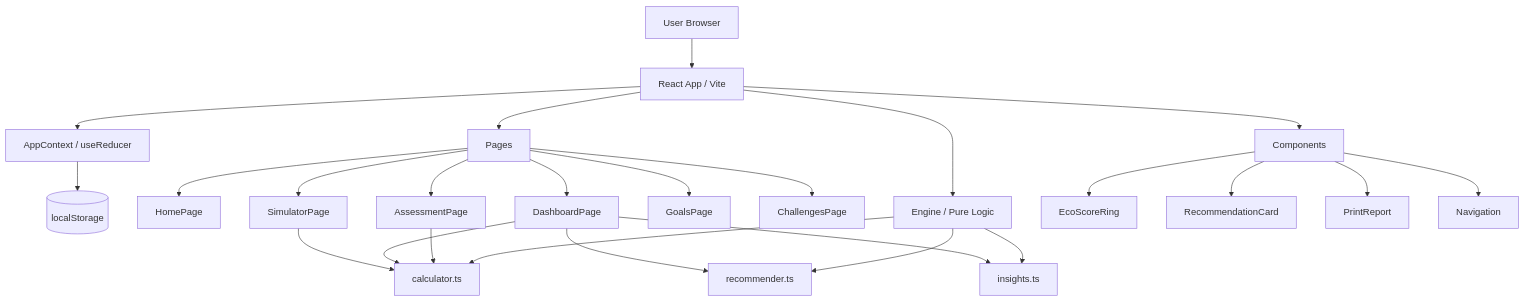
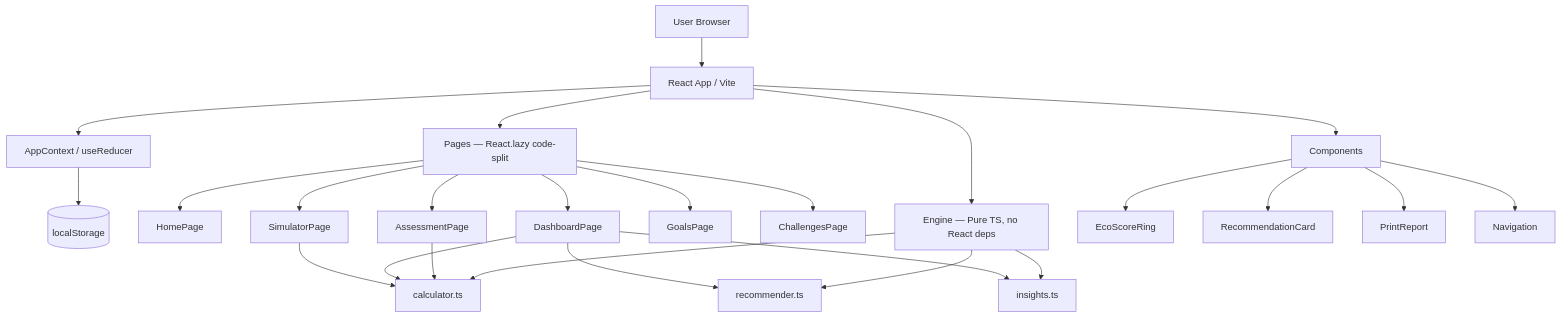
Before and after one commit to Mohammed0Arfath/CarbFoot: the diagram in README.md, drawn with Mermaid. The commit also changed other lines of this file and 25 other files, not shown here.

````diff
--- a/README.md
+++ b/README.md
@@ -34,31 +50,31 @@
 ```mermaid
 graph TD
     A[User Browser] --> B[React App / Vite]
     B --> C[AppContext / useReducer]
     C --> D[(localStorage)]
-    
-    B --> E[Pages]
+
+    B --> E[Pages — React.lazy code-split]
     E --> E1[HomePage]
     E --> E2[AssessmentPage]
     E --> E3[DashboardPage]
     E --> E4[SimulatorPage]
     E --> E5[GoalsPage]
     E --> E6[ChallengesPage]
-    
-    B --> F[Engine / Pure Logic]
+
+    B --> F[Engine — Pure TS, no React deps]
     F --> F1[calculator.ts]
     F --> F2[recommender.ts]
     F --> F3[insights.ts]
-    
+
     E2 --> F1
     E3 --> F1
     E3 --> F2
     E3 --> F3
     E4 --> F1
-    
+
     B --> G[Components]
     G --> G1[EcoScoreRing]
     G --> G2[RecommendationCard]
     G --> G3[PrintReport]
     G --> G4[Navigation]
 ```
````
